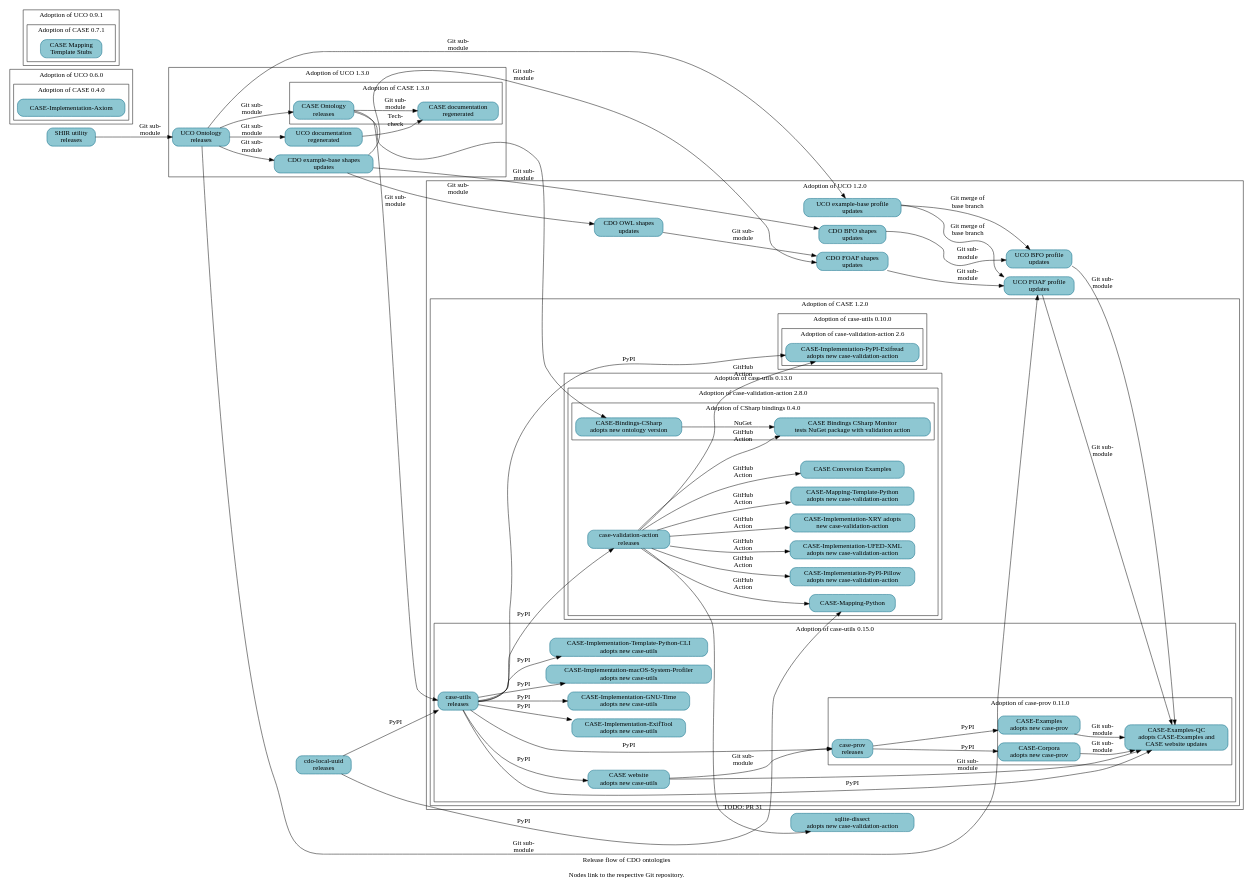
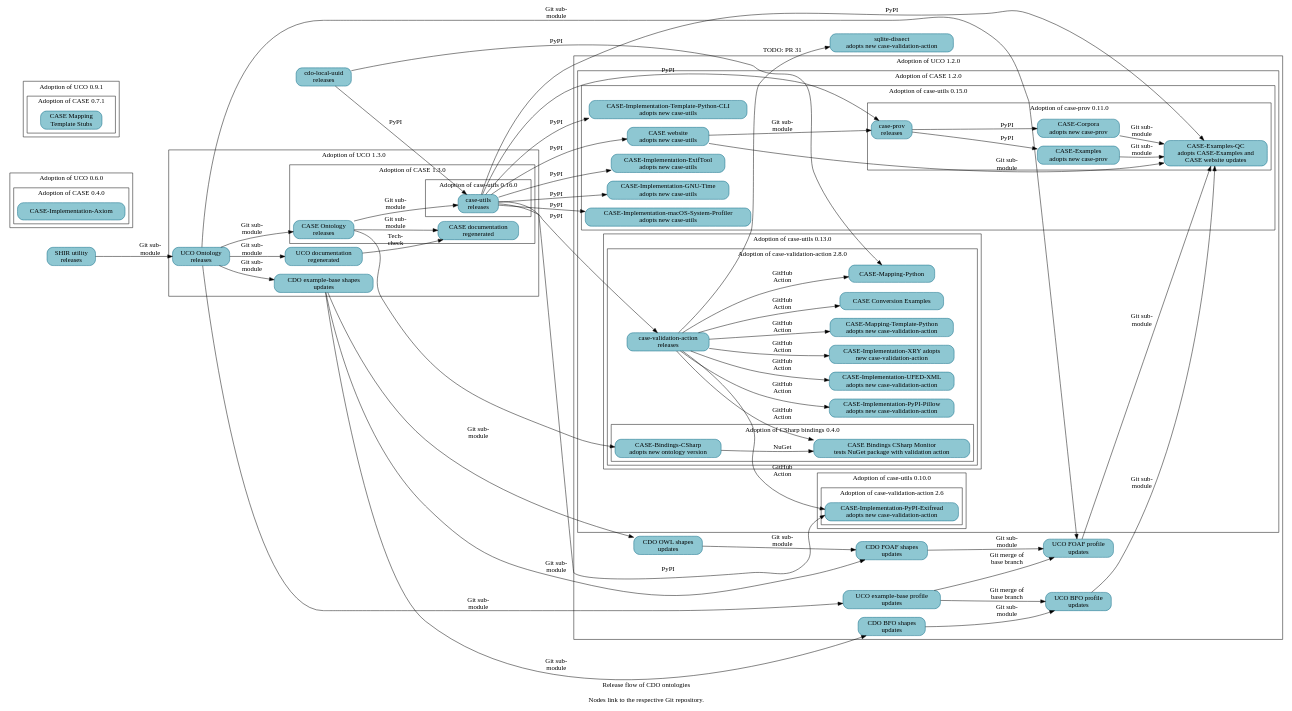
The diagram in resources/project_release_flow.dot (Cyber-Domain-Ontology/cdo.github.io), drawn with Graphviz before and after one commit.

Commit message:
Add case-utils 0.16.0 release
A follow-on patch will regenerate Make-managed files.

```diff
--- a/resources/project_release_flow.dot
+++ b/resources/project_release_flow.dot
@@ -1,163 +1,168 @@
 digraph "cdo_release_flow" {
   label = "Release flow of CDO ontologies\n\nNodes link to the respective Git repository." ;
   rankdir = "LR" ;
   node [shape="rectangle" style="filled,rounded" fillcolor="#8EC7D2" color="#0D6986"] ;
 
   // Define nodes in their corresponding progress subgraph.
 
   _GH__CYBER_DOMAIN_ONTOLOGY__CDO_UTILITY_LOCAL_UUID [URL="https://github.com/Cyber-Domain-Ontology/CDO-Utility-Local-UUID" label="cdo-local-uuid\nreleases"] ;
 
   subgraph cluster_uco_0_6_0 {
     label = "Adoption of UCO 0.6.0" ;
 
     subgraph cluster_case_0_4_0 {
       label = "Adoption of CASE 0.4.0" ;
       _GH__CASEWORK__CASE_IMPLEMENTATION_AXIOM [URL="https://github.com/casework/CASE-Implementation-Axiom" label="CASE-Implementation-Axiom"] ;
     }
   }
 
   subgraph cluster_uco_0_9_1 {
     label = "Adoption of UCO 0.9.1" ;
 
     subgraph cluster_case_0_7_1 {
       label = "Adoption of CASE 0.7.1" ;
       _GH__CASEWORK__CASE_MAPPING_TEMPLATE_STUBS [URL="https://github.com/casework/CASE-Mapping-Template-Stubs" label="CASE Mapping\nTemplate Stubs"] ;
     }
   }
 
   subgraph cluster_uco_1_2_0 {
     label = "Adoption of UCO 1.2.0" ;
 
     _GH__CYBER_DOMAIN_ONTOLOGY__CDO_SHAPES_BFO [URL="https://github.com/Cyber-Domain-Ontology/CDO-Shapes-BFO" label="CDO BFO shapes\nupdates"] ;
     _GH__CYBER_DOMAIN_ONTOLOGY__CDO_SHAPES_FOAF [URL="https://github.com/Cyber-Domain-Ontology/CDO-Shapes-FOAF" label="CDO FOAF shapes\nupdates"] ;
     _GH__CYBER_DOMAIN_ONTOLOGY__CDO_SHAPES_OWL [URL="https://github.com/Cyber-Domain-Ontology/CDO-Shapes-OWL" label="CDO OWL shapes\nupdates"] ;
     _GH__UCOPROJECT__UCO_PROFILE_BFO [URL="https://github.com/ucoProject/UCO-Profile-BFO" label="UCO BFO profile\nupdates"] ;
     _GH__UCOPROJECT__UCO_PROFILE_EXAMPLE [URL="https://github.com/ucoProject/UCO-Profile-Example" label="UCO example-base profile\nupdates"] ;
     _GH__UCOPROJECT__UCO_PROFILE_FOAF [URL="https://github.com/ucoProject/UCO-Profile-FOAF" label="UCO FOAF profile\nupdates"] ;
 
     subgraph cluster_case_1_2_0 {
       label = "Adoption of CASE 1.2.0" ;
 
       subgraph cluster_case_utils_0_10_0 {
         label = "Adoption of case-utils 0.10.0" ;
 
         subgraph cluster_case_validation_action_2_6 {
           label = "Adoption of case-validation-action 2.6" ;
 
           _GH__CASEWORK__CASE_IMPLEMENTATION_PYPI_EXIFREAD [URL="https://github.com/casework/CASE-Implementation-PyPI-Exifread" label="CASE-Implementation-PyPI-Exifread\nadopts new case-validation-action"] ;
         }
       }
 
       subgraph cluster_case_utils_0_13_0 {
         label = "Adoption of case-utils 0.13.0" ;
 
         subgraph cluster_case_validation_action_2_8_0 {
           label = "Adoption of case-validation-action 2.8.0" ;
 
           _GH__KCHASON__CASE_VALIDATION_ACTION [URL="https://github.com/kchason/case-validation-action" label="case-validation-action\nreleases"] ;
           _GH__CASEWORK__CASE_EXAMPLES_CONVERSION [URL="https://github.com/casework/CASE-Examples-Conversion" label="CASE Conversion Examples"] ;
           _GH__CASEWORK__CASE_IMPLEMENTATION_PYPI_PILLOW [URL="https://github.com/casework/CASE-Implementation-PyPI-Pillow" label="CASE-Implementation-PyPI-Pillow\nadopts new case-validation-action"] ;
           _GH__CASEWORK__CASE_IMPLEMENTATION_UFED_XML [URL="https://github.com/casework/CASE-Implementation-UFED-XML" label="CASE-Implementation-UFED-XML\nadopts new case-validation-action"] ;
           _GH__CASEWORK__CASE_IMPLEMENTATION_XRY [URL="https://github.com/casework/CASE-Implementation-XRY" label="CASE-Implementation-XRY adopts\nnew case-validation-action"] ;
           _GH__CASEWORK__CASE_MAPPING_PYTHON [URL="https://github.com/casework/CASE-Mapping-Python/" label="CASE-Mapping-Python"] ;
           _GH__CASEWORK__CASE_MAPPING_TEMPLATE_PYTHON [URL="https://github.com/casework/CASE-Mapping-Template-Python" label="CASE-Mapping-Template-Python\nadopts new case-validation-action"] ;
 
           subgraph cluster_case_bindings_csharp_0_4_0 {
             label = "Adoption of CSharp bindings 0.4.0" ;
 
             _GH__CASEWORK__CASE_BINDINGS_CSHARP_MONITOR [URL="https://github.com/casework/CASE-Bindings-CSharp-Monitor" label="CASE Bindings CSharp Monitor\ntests NuGet package with validation action"] ;
             _GH__CIPHERTECHSOLUTIONS__CASE_BINDINGS_CSHARP [URL="https://github.com/ciphertechsolutions/CASE-Bindings-CSharp" label="CASE-Bindings-CSharp\nadopts new ontology version"] ;
           }
         }
       }
 
       subgraph cluster_case_utils_0_15_0 {
         label = "Adoption of case-utils 0.15.0" ;
 
         _GH__CASEWORK__CASE_IMPLEMENTATION_EXIFTOOL [URL="https://github.com/casework/CASE-Implementation-ExifTool" label="CASE-Implementation-ExifTool\nadopts new case-utils"] ;
         _GH__CASEWORK__CASE_IMPLEMENTATION_GNU_TIME [URL="https://github.com/casework/CASE-Implementation-GNU-Time" label="CASE-Implementation-GNU-Time\nadopts new case-utils"] ;
         _GH__CASEWORK__CASE_IMPLEMENTATION_MACOS_SYSTEM_PROFILER [URL="https://github.com/casework/CASE-Implementation-macOS-System-Profiler" label="CASE-Implementation-macOS-System-Profiler\nadopts new case-utils"] ;
         _GH__CASEWORK__CASE_IMPLEMENTATION_TEMPLATE_PYTHON_CLI [URL="https://github.com/casework/CASE-Implementation-Template-Python-CLI" label="CASE-Implementation-Template-Python-CLI\nadopts new case-utils"]
-        _GH__CASEWORK__CASE_UTILITIES_PYTHON [URL="https://github.com/casework/CASE-Utilities-Python" label="case-utils\nreleases"] ;
         _GH__CASEWORK__CASEWORK_GITHUB_IO [URL="https://github.com/casework/casework.github.io" label="CASE website\nadopts new case-utils"] ;
 
         subgraph cluster_case_prov_0_11_0 {
           label = "Adoption of case-prov 0.11.0" ;
 
           _GH__AJNELSON_NIST__CASE_EXAMPLES_QC [URL="https://github.com/ajnelson-nist/CASE-Examples-QC" label="CASE-Examples-QC\nadopts CASE-Examples and\nCASE website updates"] ;
           _GH__CASEWORK__CASE_CORPORA [URL="https://github.com/casework/CASE-Corpora" label="CASE-Corpora\nadopts new case-prov"] ;
           _GH__CASEWORK__CASE_EXAMPLES [URL="https://github.com/casework/CASE-Examples" label="CASE-Examples\nadopts new case-prov"] ;
           _GH__CASEWORK__CASE_IMPLEMENTATION_PROV_O [URL="https://github.com/casework/CASE-Implementation-PROV-O" label="case-prov\nreleases"] ;
         }
       }
     }
   }
 
   subgraph cluster_uco_1_3_0 {
     label = "Adoption of UCO 1.3.0" ;
 
     _GH__CYBER_DOMAIN_ONTOLOGY__CDO_SHAPES_EXAMPLE [URL="https://github.com/Cyber-Domain-Ontology/CDO-Shapes-Example" label="CDO example-base shapes\nupdates"] ;
     _GH__UCOPROJECT__ONTOLOGY_UNIFIEDCYBERONTOLOGY_ORG [URL="https://github.com/ucoProject/ontology.unifiedcyberontology.org" label="UCO documentation\nregenerated"] ;
     _GH__UCOPROJECT__UCO [URL="https://github.com/ucoProject/UCO" label="UCO Ontology\nreleases"] ;
 
     subgraph cluster_case_1_2_0 {
       label = "Adoption of CASE 1.3.0" ;
 
       _GH__CASEWORK__CASE [URL="https://github.com/casework/CASE" label="CASE Ontology\nreleases"] ;
       _GH__CASEWORK__ONTOLOGY_CASEONTOLOGY_ORG [URL="https://github.com/casework/ontology.caseontology.org" label="CASE documentation\nregenerated"] ;
+
+      subgraph cluster_case_utils_0_16_0 {
+        label = "Adoption of case-utils 0.16.0" ;
+
+        _GH__CASEWORK__CASE_UTILITIES_PYTHON [URL="https://github.com/casework/CASE-Utilities-Python" label="case-utils\nreleases"] ;
+      }
     }
   }
 
   _GH__CASEWORK__CASE_UTILITY_SHACL_INHERITANCE_REVIEWER [URL="https://github.com/casework/CASE-Utility-SHACL-Inheritance-Reviewer" label="SHIR utility\nreleases"] ;
   _GH__DOD_CYBER_CRIME_CENTER__SQLITE_DISSECT [URL="https://github.com/dod-cyber-crime-center/sqlite-dissect" label="sqlite-dissect\nadopts new case-validation-action"] ;
 
   // Begin edges
 
   _GH__CASEWORK__CASEWORK_GITHUB_IO -> _GH__CASEWORK__CASE_IMPLEMENTATION_PROV_O [label="Git sub-\nmodule"] ;
   _GH__CASEWORK__CASE_CORPORA -> _GH__AJNELSON_NIST__CASE_EXAMPLES_QC [label="Git sub-\nmodule"] ;
   _GH__CASEWORK__CASE -> _GH__CASEWORK__CASE_UTILITIES_PYTHON [label="Git sub-\nmodule"] ;
   _GH__CASEWORK__CASE -> _GH__CIPHERTECHSOLUTIONS__CASE_BINDINGS_CSHARP ;
   _GH__CASEWORK__CASE -> _GH__CASEWORK__ONTOLOGY_CASEONTOLOGY_ORG [label="Git sub-\nmodule"] ; 
   _GH__CASEWORK__CASE_EXAMPLES -> _GH__AJNELSON_NIST__CASE_EXAMPLES_QC [label="Git sub-\nmodule"] ;
   _GH__CASEWORK__CASE_IMPLEMENTATION_PROV_O -> _GH__CASEWORK__CASE_CORPORA [label="PyPI"] ;
   _GH__CASEWORK__CASE_IMPLEMENTATION_PROV_O -> _GH__CASEWORK__CASE_EXAMPLES [label="PyPI"] ;
   _GH__CASEWORK__CASE_UTILITIES_PYTHON -> _GH__AJNELSON_NIST__CASE_EXAMPLES_QC [label="PyPI"] ;
   _GH__CASEWORK__CASE_UTILITIES_PYTHON -> _GH__CASEWORK__CASE_IMPLEMENTATION_EXIFTOOL [label="PyPI"] ;
   _GH__CASEWORK__CASE_UTILITIES_PYTHON -> _GH__CASEWORK__CASE_IMPLEMENTATION_GNU_TIME [label="PyPI"] ;
   _GH__CASEWORK__CASE_UTILITIES_PYTHON -> _GH__CASEWORK__CASE_IMPLEMENTATION_MACOS_SYSTEM_PROFILER [label="PyPI"] ;
   _GH__CASEWORK__CASE_UTILITIES_PYTHON -> _GH__CASEWORK__CASE_IMPLEMENTATION_PROV_O [label="PyPI"] ;
   _GH__CASEWORK__CASE_UTILITIES_PYTHON -> _GH__CASEWORK__CASE_IMPLEMENTATION_PYPI_EXIFREAD [label="PyPI"] ;
   _GH__CASEWORK__CASE_UTILITIES_PYTHON -> _GH__CASEWORK__CASE_IMPLEMENTATION_TEMPLATE_PYTHON_CLI [label="PyPI"];
   _GH__CASEWORK__CASE_UTILITIES_PYTHON -> _GH__KCHASON__CASE_VALIDATION_ACTION [label="PyPI"] ;
   _GH__CASEWORK__CASE_UTILITIES_PYTHON -> _GH__CASEWORK__CASEWORK_GITHUB_IO [label="PyPI"] ;
   _GH__CASEWORK__CASE_UTILITY_SHACL_INHERITANCE_REVIEWER -> _GH__UCOPROJECT__UCO [label="Git sub-\nmodule"] ;
   _GH__CASEWORK__CASEWORK_GITHUB_IO -> _GH__AJNELSON_NIST__CASE_EXAMPLES_QC [label="Git sub-\nmodule"] ;
   _GH__CIPHERTECHSOLUTIONS__CASE_BINDINGS_CSHARP -> _GH__CASEWORK__CASE_BINDINGS_CSHARP_MONITOR [label="NuGet"] ;
   _GH__CYBER_DOMAIN_ONTOLOGY__CDO_UTILITY_LOCAL_UUID -> _GH__CASEWORK__CASE_MAPPING_PYTHON [label="PyPI"] ;
   _GH__CYBER_DOMAIN_ONTOLOGY__CDO_UTILITY_LOCAL_UUID -> _GH__CASEWORK__CASE_UTILITIES_PYTHON [label="PyPI"] ;
   _GH__CYBER_DOMAIN_ONTOLOGY__CDO_SHAPES_BFO -> _GH__UCOPROJECT__UCO_PROFILE_BFO [label="Git sub-\nmodule"] ;
   _GH__CYBER_DOMAIN_ONTOLOGY__CDO_SHAPES_EXAMPLE -> _GH__CYBER_DOMAIN_ONTOLOGY__CDO_SHAPES_BFO [label="Git sub-\nmodule"] ;
   _GH__CYBER_DOMAIN_ONTOLOGY__CDO_SHAPES_EXAMPLE -> _GH__CYBER_DOMAIN_ONTOLOGY__CDO_SHAPES_FOAF [label="Git sub-\nmodule"] ;
   _GH__CYBER_DOMAIN_ONTOLOGY__CDO_SHAPES_EXAMPLE -> _GH__CYBER_DOMAIN_ONTOLOGY__CDO_SHAPES_OWL [label="Git sub-\nmodule"] ;
   _GH__CYBER_DOMAIN_ONTOLOGY__CDO_SHAPES_FOAF -> _GH__UCOPROJECT__UCO_PROFILE_FOAF [label="Git sub-\nmodule"] ;
   _GH__CYBER_DOMAIN_ONTOLOGY__CDO_SHAPES_OWL -> _GH__CYBER_DOMAIN_ONTOLOGY__CDO_SHAPES_FOAF [label="Git sub-\nmodule"] ;
   _GH__KCHASON__CASE_VALIDATION_ACTION -> _GH__CASEWORK__CASE_BINDINGS_CSHARP_MONITOR [label="GitHub\nAction"] ;
   _GH__KCHASON__CASE_VALIDATION_ACTION -> _GH__CASEWORK__CASE_EXAMPLES_CONVERSION [label="GitHub\nAction"];
   _GH__KCHASON__CASE_VALIDATION_ACTION -> _GH__CASEWORK__CASE_IMPLEMENTATION_PYPI_EXIFREAD [label="GitHub\nAction"] ;
   _GH__KCHASON__CASE_VALIDATION_ACTION -> _GH__CASEWORK__CASE_IMPLEMENTATION_PYPI_PILLOW [label="GitHub\nAction"] ;
   _GH__KCHASON__CASE_VALIDATION_ACTION -> _GH__CASEWORK__CASE_IMPLEMENTATION_UFED_XML [label="GitHub\nAction"] ;
   _GH__KCHASON__CASE_VALIDATION_ACTION -> _GH__CASEWORK__CASE_IMPLEMENTATION_XRY [label="GitHub\nAction"] ;
   _GH__KCHASON__CASE_VALIDATION_ACTION -> _GH__CASEWORK__CASE_MAPPING_PYTHON [label="GitHub\nAction"] ;
   _GH__KCHASON__CASE_VALIDATION_ACTION -> _GH__CASEWORK__CASE_MAPPING_TEMPLATE_PYTHON [label="GitHub\nAction"] ;
   _GH__KCHASON__CASE_VALIDATION_ACTION -> _GH__DOD_CYBER_CRIME_CENTER__SQLITE_DISSECT [URL="https://github.com/dod-cyber-crime-center/sqlite-dissect/pull/31" label="TODO: PR 31"] ;
   _GH__UCOPROJECT__ONTOLOGY_UNIFIEDCYBERONTOLOGY_ORG -> _GH__CASEWORK__ONTOLOGY_CASEONTOLOGY_ORG [label="Tech-\ncheck"];
   _GH__UCOPROJECT__UCO -> _GH__CASEWORK__CASE [label="Git sub-\nmodule"] ;
   _GH__UCOPROJECT__UCO -> _GH__CYBER_DOMAIN_ONTOLOGY__CDO_SHAPES_EXAMPLE [label="Git sub-\nmodule"] ;
   _GH__UCOPROJECT__UCO -> _GH__UCOPROJECT__ONTOLOGY_UNIFIEDCYBERONTOLOGY_ORG [label="Git sub-\nmodule"] ;
   _GH__UCOPROJECT__UCO -> _GH__UCOPROJECT__UCO_PROFILE_EXAMPLE [label="Git sub-\nmodule"] ;
   _GH__UCOPROJECT__UCO -> _GH__UCOPROJECT__UCO_PROFILE_FOAF [label="Git sub-\nmodule"] ;
   _GH__UCOPROJECT__UCO_PROFILE_BFO -> _GH__AJNELSON_NIST__CASE_EXAMPLES_QC [label="Git sub-\nmodule"] ;
   _GH__UCOPROJECT__UCO_PROFILE_EXAMPLE -> _GH__UCOPROJECT__UCO_PROFILE_BFO [label="Git merge of\nbase branch"] ;
   _GH__UCOPROJECT__UCO_PROFILE_EXAMPLE -> _GH__UCOPROJECT__UCO_PROFILE_FOAF [label="Git merge of\nbase branch"] ;
   _GH__UCOPROJECT__UCO_PROFILE_FOAF -> _GH__AJNELSON_NIST__CASE_EXAMPLES_QC [label="Git sub-\nmodule"] ;
 }
```
